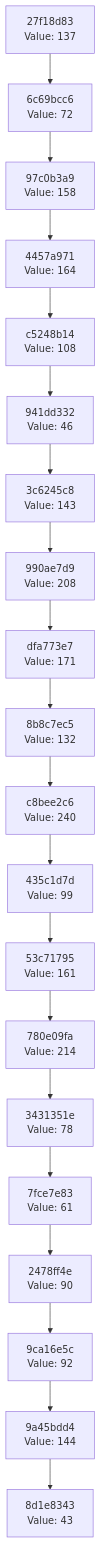
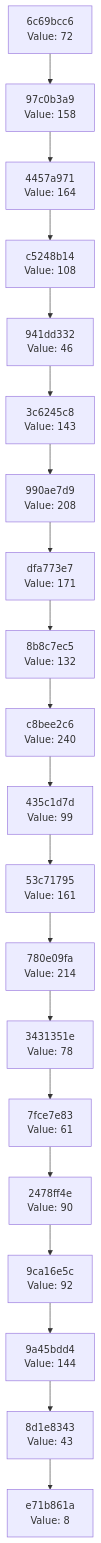
Before and after one commit to Abhisheksinha1506/hash-chain-evolver: the diagram in docs/CHAIN_VISUALIZATION.md, drawn with Mermaid. The commit also changed 3 other files, not shown here.

````diff
--- a/docs/CHAIN_VISUALIZATION.md
+++ b/docs/CHAIN_VISUALIZATION.md
@@ -3,42 +3,42 @@
 ```mermaid
 graph TD
-    C0["8d1e8343<br/>Value: 43"]
-    C1["9a45bdd4<br/>Value: 144"]
+    C0["e71b861a<br/>Value: 8"]
+    C1["8d1e8343<br/>Value: 43"]
     C1 --> C0
-    C2["9ca16e5c<br/>Value: 92"]
+    C2["9a45bdd4<br/>Value: 144"]
     C2 --> C1
-    C3["2478ff4e<br/>Value: 90"]
+    C3["9ca16e5c<br/>Value: 92"]
     C3 --> C2
-    C4["7fce7e83<br/>Value: 61"]
+    C4["2478ff4e<br/>Value: 90"]
     C4 --> C3
-    C5["3431351e<br/>Value: 78"]
+    C5["7fce7e83<br/>Value: 61"]
     C5 --> C4
-    C6["780e09fa<br/>Value: 214"]
+    C6["3431351e<br/>Value: 78"]
     C6 --> C5
-    C7["53c71795<br/>Value: 161"]
+    C7["780e09fa<br/>Value: 214"]
     C7 --> C6
-    C8["435c1d7d<br/>Value: 99"]
+    C8["53c71795<br/>Value: 161"]
     C8 --> C7
-    C9["c8bee2c6<br/>Value: 240"]
+    C9["435c1d7d<br/>Value: 99"]
     C9 --> C8
-    C10["8b8c7ec5<br/>Value: 132"]
+    C10["c8bee2c6<br/>Value: 240"]
     C10 --> C9
-    C11["dfa773e7<br/>Value: 171"]
+    C11["8b8c7ec5<br/>Value: 132"]
     C11 --> C10
-    C12["990ae7d9<br/>Value: 208"]
+    C12["dfa773e7<br/>Value: 171"]
     C12 --> C11
-    C13["3c6245c8<br/>Value: 143"]
+    C13["990ae7d9<br/>Value: 208"]
     C13 --> C12
-    C14["941dd332<br/>Value: 46"]
+    C14["3c6245c8<br/>Value: 143"]
     C14 --> C13
-    C15["c5248b14<br/>Value: 108"]
+    C15["941dd332<br/>Value: 46"]
     C15 --> C14
-    C16["4457a971<br/>Value: 164"]
+    C16["c5248b14<br/>Value: 108"]
     C16 --> C15
-    C17["97c0b3a9<br/>Value: 158"]
+    C17["4457a971<br/>Value: 164"]
     C17 --> C16
-    C18["6c69bcc6<br/>Value: 72"]
+    C18["97c0b3a9<br/>Value: 158"]
     C18 --> C17
-    C19["27f18d83<br/>Value: 137"]
+    C19["6c69bcc6<br/>Value: 72"]
     C19 --> C18
 ```
````
